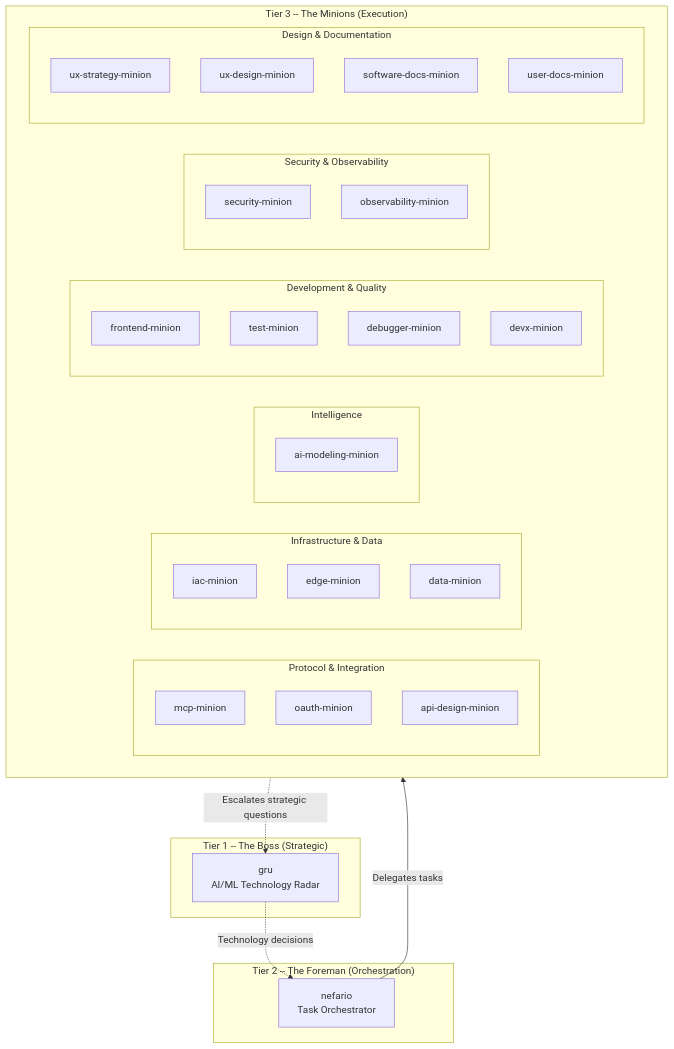
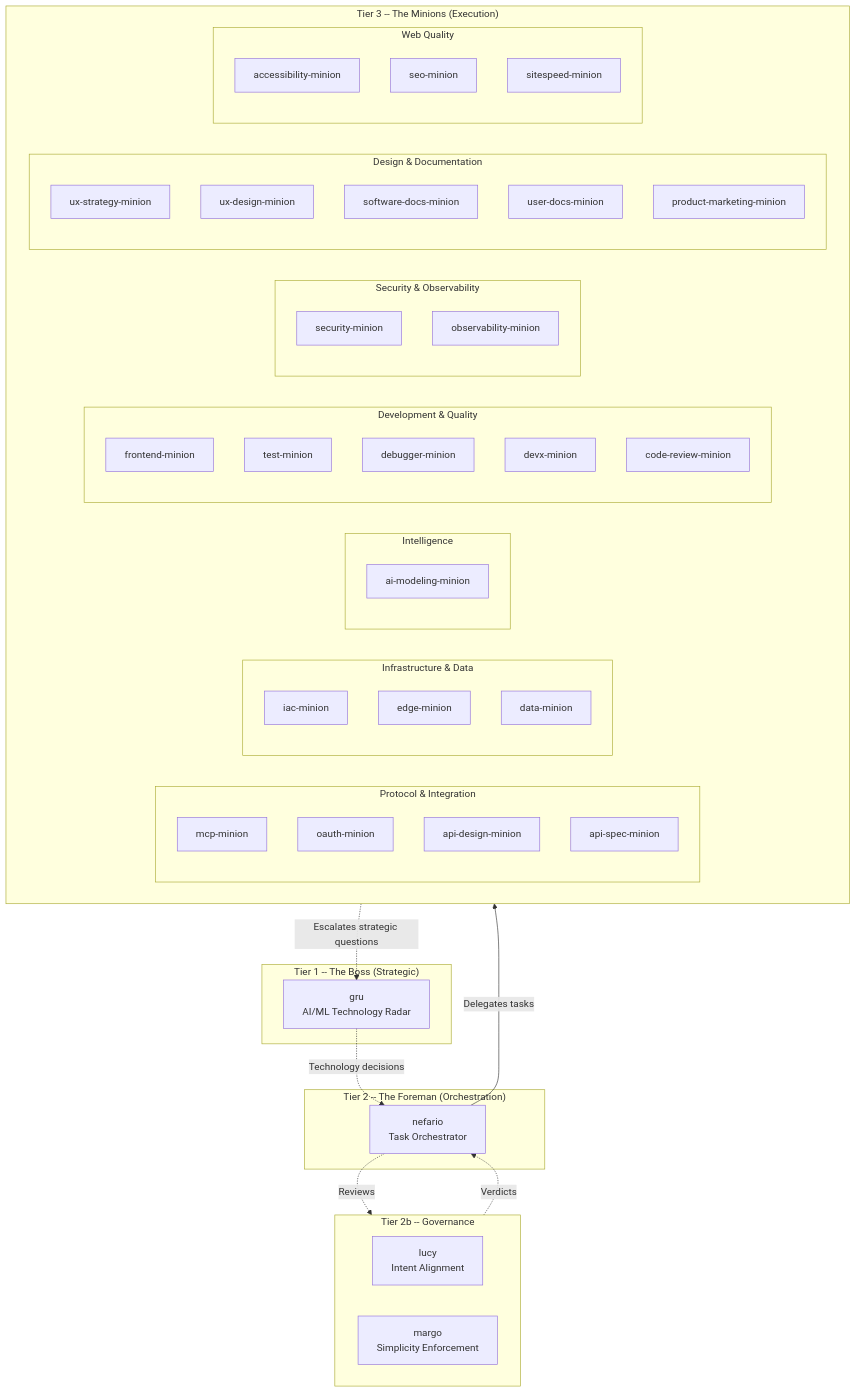
The second of 2 diagrams in docs/architecture.md (benpeter/despicable-agents), drawn with Mermaid before and after one commit. The commit also changed other lines of this file and 31 other files, not shown here.

````diff
--- a/docs/architecture.md
+++ b/docs/architecture.md
@@ -37,46 +37,61 @@
 ```mermaid
 graph TB
     subgraph Boss["Tier 1 -- The Boss (Strategic)"]
         gru[gru<br/>AI/ML Technology Radar]
     end
 
     subgraph Foreman["Tier 2 -- The Foreman (Orchestration)"]
         nefario[nefario<br/>Task Orchestrator]
     end
 
+    subgraph Governance["Tier 2b -- Governance"]
+        lucy[lucy<br/>Intent Alignment]
+        margo[margo<br/>Simplicity Enforcement]
+    end
+
     subgraph Minions["Tier 3 -- The Minions (Execution)"]
         subgraph Protocol["Protocol & Integration"]
             mcp[mcp-minion]
             oauth[oauth-minion]
             api[api-design-minion]
+            apispec[api-spec-minion]
         end
         subgraph Infrastructure["Infrastructure & Data"]
             iac[iac-minion]
             edge[edge-minion]
             data[data-minion]
         end
         subgraph Intelligence["Intelligence"]
             ai[ai-modeling-minion]
         end
         subgraph Development["Development & Quality"]
             frontend[frontend-minion]
             test[test-minion]
             debugger[debugger-minion]
             devx[devx-minion]
+            codereview[code-review-minion]
         end
         subgraph Security["Security & Observability"]
             security[security-minion]
             obs[observability-minion]
         end
         subgraph Design["Design & Documentation"]
             uxstrat[ux-strategy-minion]
             uxdes[ux-design-minion]
             softdocs[software-docs-minion]
             userdocs[user-docs-minion]
+            prodmktg[product-marketing-minion]
+        end
+        subgraph WebQuality["Web Quality"]
+            a11y[accessibility-minion]
+            seo[seo-minion]
+            sitespeed[sitespeed-minion]
         end
     end
 
     gru -.->|Technology decisions| nefario
     nefario -->|Delegates tasks| Minions
+    nefario -.->|Reviews| Governance
+    Governance -.->|Verdicts| nefario
     Minions -.->|Escalates strategic questions| gru
 ```
````
